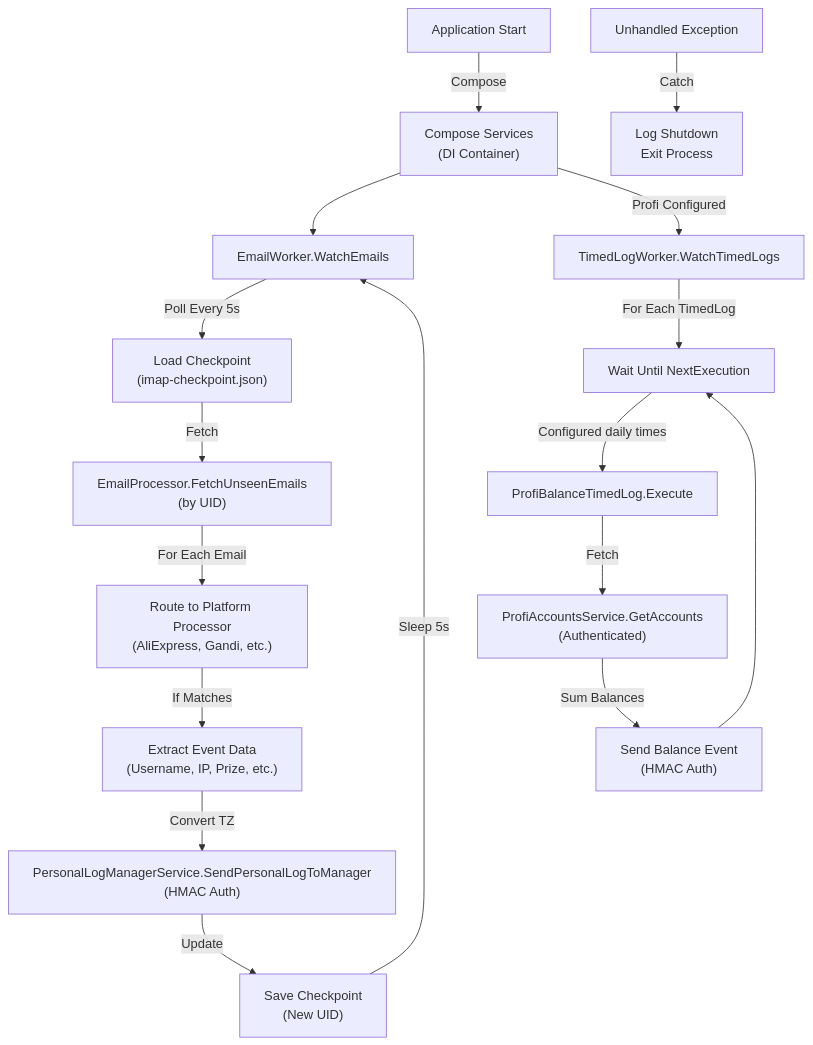
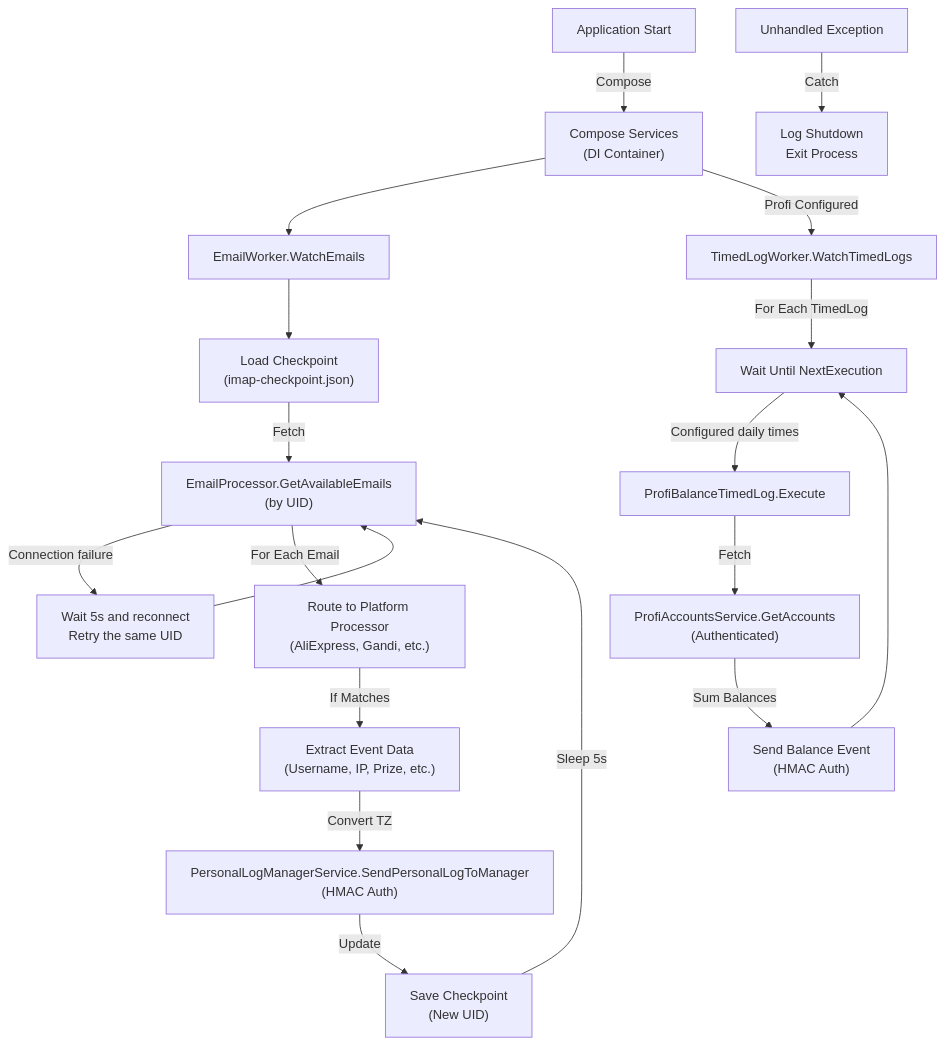
One commit to hmlendea/personal-data-logger changed the third of 5 diagrams in ARCHITECTURE.md. Above: the diagram before and after it, drawn with Mermaid. The commit also changed other lines of this file and 6 other files, not shown here.

Commit message:
fix: Reconnect and retry transient IMAP failures without advancing checkpoint

````diff
--- a/ARCHITECTURE.md
+++ b/ARCHITECTURE.md
@@ -82,21 +82,23 @@
 ```mermaid
 graph TD
     Start["Application Start"] -->|Compose| Compose["Compose Services<br/>(DI Container)"]
     Compose --> Email["EmailWorker.WatchEmails"]
     Compose -->|Profi Configured| Timed["TimedLogWorker.WatchTimedLogs"]
-    Email -->|Poll Every 5s| CheckCP["Load Checkpoint<br/>(imap-checkpoint.json)"]
-    CheckCP -->|Fetch| IMAPFetch["EmailProcessor.FetchUnseenEmails<br/>(by UID)"]
+    Email --> CheckCP["Load Checkpoint<br/>(imap-checkpoint.json)"]
+    CheckCP -->|Fetch| IMAPFetch["EmailProcessor.GetAvailableEmails<br/>(by UID)"]
+    IMAPFetch -->|Connection failure| Reconnect["Wait 5s and reconnect<br/>Retry the same UID"]
+    Reconnect --> IMAPFetch
     IMAPFetch -->|For Each Email| Extract["Route to Platform Processor<br/>(AliExpress, Gandi, etc.)"]
     Extract -->|If Matches| ParseEvent["Extract Event Data<br/>(Username, IP, Prize, etc.)"]
     ParseEvent -->|Convert TZ| SendAPI["PersonalLogManagerService.SendPersonalLogToManager<br/>(HMAC Auth)"]
     SendAPI -->|Update| SaveCP["Save Checkpoint<br/>(New UID)"]
-    SaveCP -->|Sleep 5s| Email
+    SaveCP -->|Sleep 5s| IMAPFetch
 
     Timed -->|For Each TimedLog| Wait["Wait Until NextExecution"]
     Wait -->|Configured daily times| ProfiLog["ProfiBalanceTimedLog.Execute"]
     ProfiLog -->|Fetch| ProfiAPI["ProfiAccountsService.GetAccounts<br/>(Authenticated)"]
     ProfiAPI -->|Sum Balances| SendBalance["Send Balance Event<br/>(HMAC Auth)"]
     SendBalance --> Wait
 
     Err["Unhandled Exception"] -->|Catch| Shutdown["Log Shutdown<br/>Exit Process"]
 ```
````
